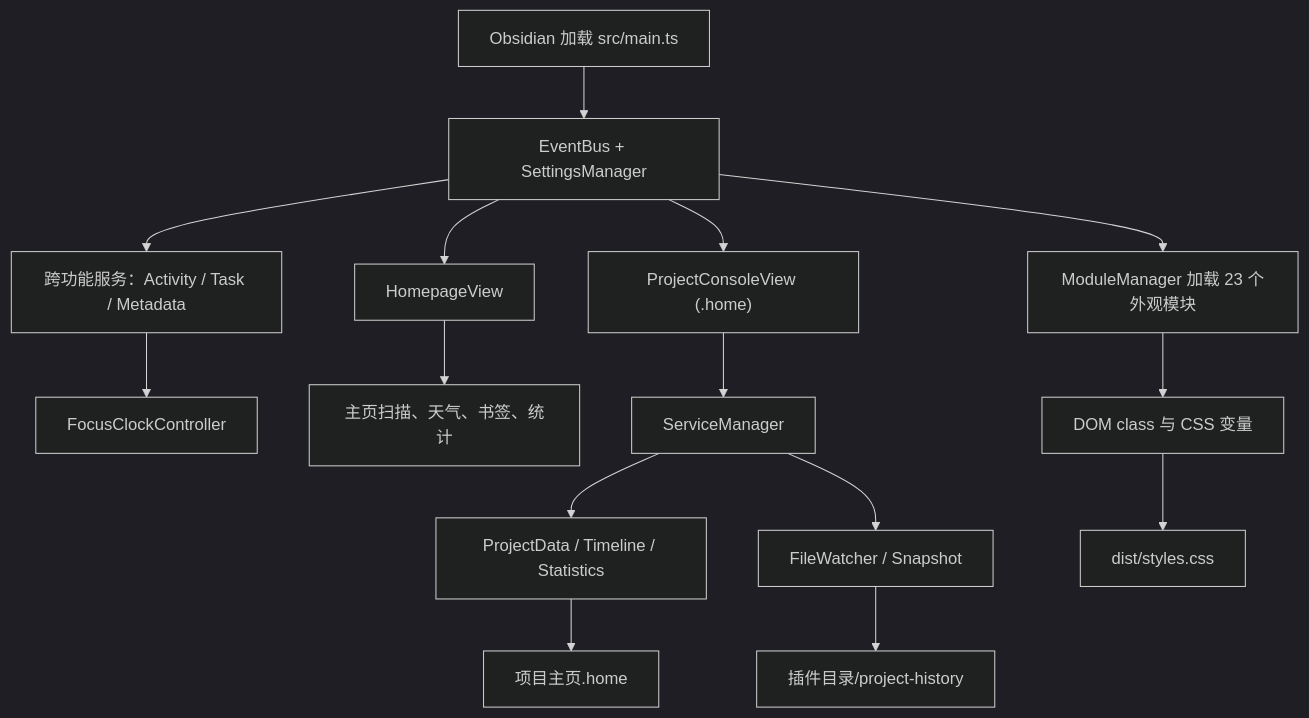
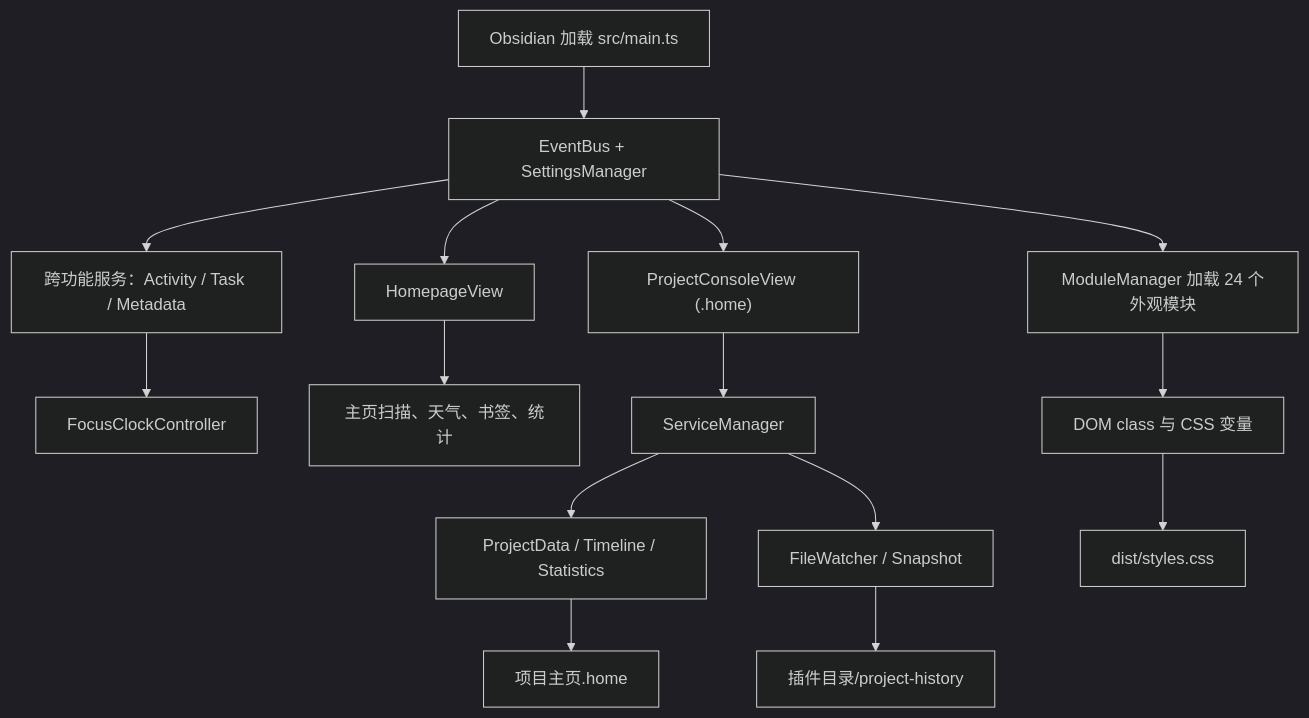
One commit to iJunkey-max/Zendian changed the diagram in docs/开发者指南.md. Above: the diagram before and after it, drawn with Mermaid (dark theme). The commit also changed other lines of this file and 31 other files, not shown here.

````diff
--- a/docs/开发者指南.md
+++ b/docs/开发者指南.md
@@ -35,17 +38,17 @@
 ```mermaid
 flowchart TD
     A["Obsidian 加载 src/main.ts"] --> B["EventBus + SettingsManager"]
-    B --> C["ModuleManager 加载 23 个外观模块"]
+    B --> C["ModuleManager 加载 24 个外观模块"]
     B --> D["跨功能服务：Activity / Task / Metadata"]
     D --> E["FocusClockController"]
     B --> F["HomepageView"]
     F --> G["主页扫描、天气、书签、统计"]
     B --> H["ProjectConsoleView (.home)"]
     H --> I["ServiceManager"]
     I --> J["ProjectData / Timeline / Statistics"]
     I --> K["FileWatcher / Snapshot"]
     C --> L["DOM class 与 CSS 变量"]
     L --> M["dist/styles.css"]
     J --> N["项目主页.home"]
     K --> O["插件目录/project-history"]
 ```
````
